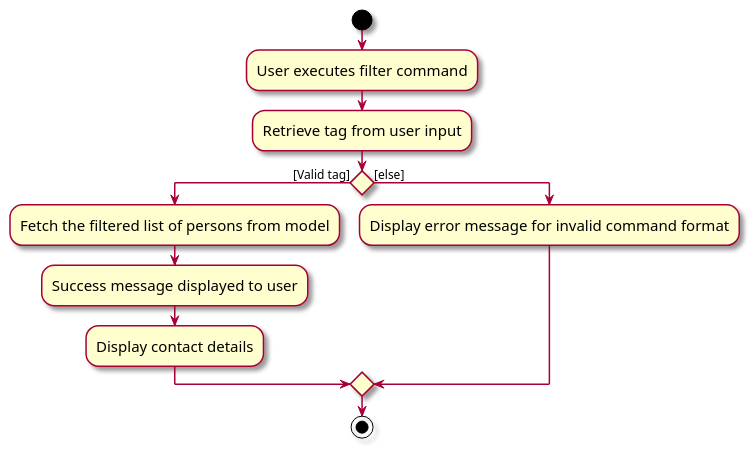
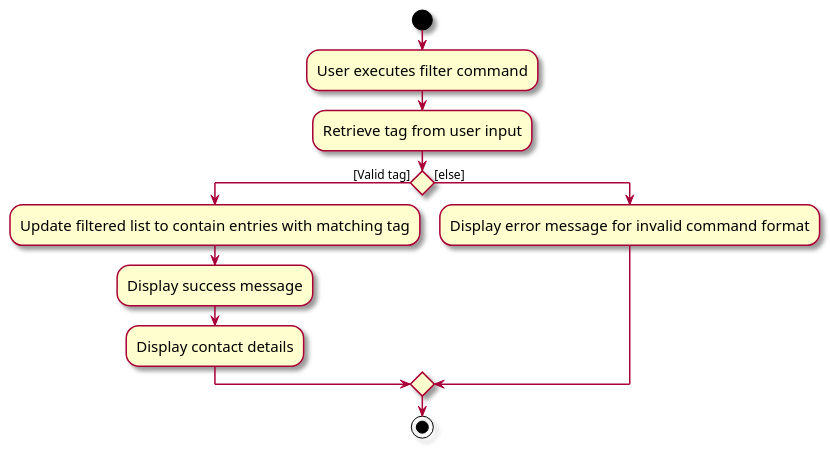
Before and after one commit to eunrcn/tp: the diagram in docs/diagrams/FilterActivityDiagram.puml, drawn with PlantUML. The commit also changed 1 other file, not shown here.

Commit message:
Minor diagram edits

```diff
--- a/docs/diagrams/FilterActivityDiagram.puml
+++ b/docs/diagrams/FilterActivityDiagram.puml
@@ -1,18 +1,18 @@
 @startuml
 skin rose
 skinparam ActivityFontSize 15
 skinparam ArrowFontSize 12
 
 start
 :User executes filter command;
 :Retrieve tag from user input;
 if () then ([Valid tag])
-    :Fetch the filtered list of persons from model;
-    :Success message displayed to user;
+    :Update filtered list to contain entries with matching tag;
+    :Display success message;
     :Display contact details;
 else ([else])
     :Display error message for invalid command format;
 endif
 stop
 
 @enduml
```
